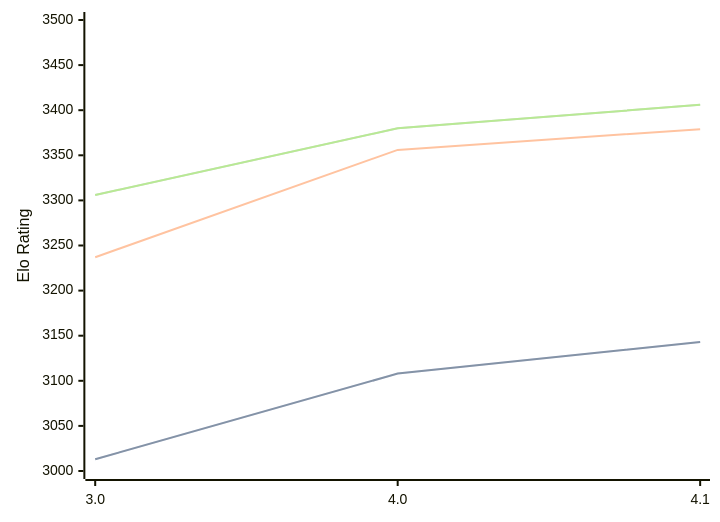
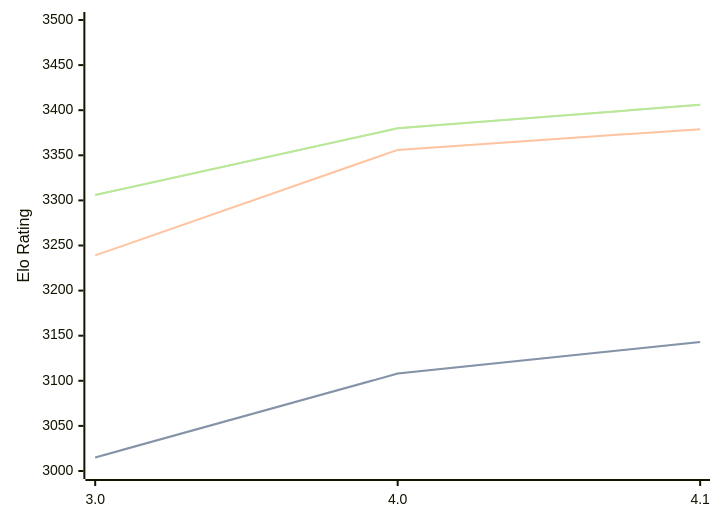
Before and after one commit to computer-chess-index/cci: the third of 3 diagrams in engines/Eleanor.md, drawn with Mermaid. The commit also changed other lines of this file, not shown here.

````diff
--- a/engines/Eleanor.md
+++ b/engines/Eleanor.md
@@ -68,11 +68,11 @@
 ```mermaid
 %%{init: {"theme":"base","themeVariables":{"seriesColors:['#a3a3a3','#222221','#faa371']}}}%%
 xychart-beta
   x-axis ["3.0", "4.0", "4.1"]
   y-axis "Elo Rating" 3000 --> 3500
-  line "STC (8.0+0.08s)" [3013, 3108, 3143]
-  line "STC (8.0+0.08s)" [3013, 3108, 3143]
-  line "LTC (60.0+0.60s)" [3237, 3356, 3379]
+  line "STC (8.0+0.08s)" [3015, 3108, 3143]
+  line "STC (8.0+0.08s)" [3015, 3108, 3143]
+  line "LTC (60.0+0.60s)" [3239, 3356, 3379]
   line "VLTC (2m24s+1.12s)" [3306, 3380, 3406]
   line "VLTC (2m24s+1.12s)" [3306, 3380, 3406]
 ```
````
